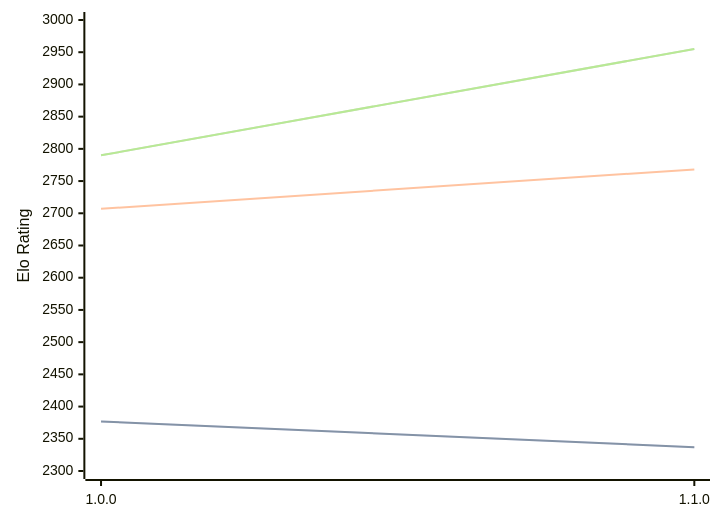
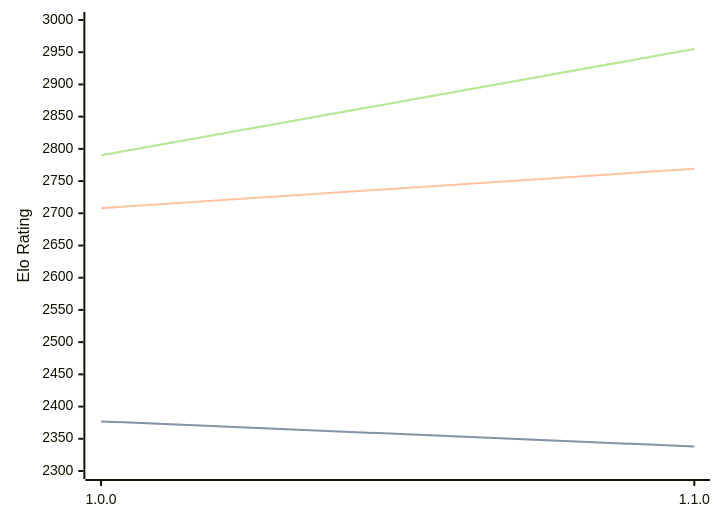
Before and after one commit to computer-chess-index/cci: the diagram in engines/ShallowGuess.md, drawn with Mermaid. The commit also changed other lines of this file, not shown here.

````diff
--- a/engines/ShallowGuess.md
+++ b/engines/ShallowGuess.md
@@ -36,11 +36,11 @@
 ```mermaid
 %%{init: {"theme":"base","themeVariables":{"seriesColors:['#a3a3a3','#222221','#faa371']}}}%%
 xychart-beta
   x-axis ["1.0.0", "1.1.0"]
   y-axis "Elo Rating" 2300 --> 3000
-  line "STC (8.0+0.08s)" [2377, 2337]
-  line "STC (8.0+0.08s)" [2377, 2337]
-  line "LTC (60.0+0.60s)" [2707, 2768]
+  line "STC (8.0+0.08s)" [2377, 2338]
+  line "STC (8.0+0.08s)" [2377, 2338]
+  line "LTC (60.0+0.60s)" [2708, 2769]
   line "VLTC (2m24s+1.12s)" [2790, 2955]
   line "VLTC (2m24s+1.12s)" [2790, 2955]
 ```
````
